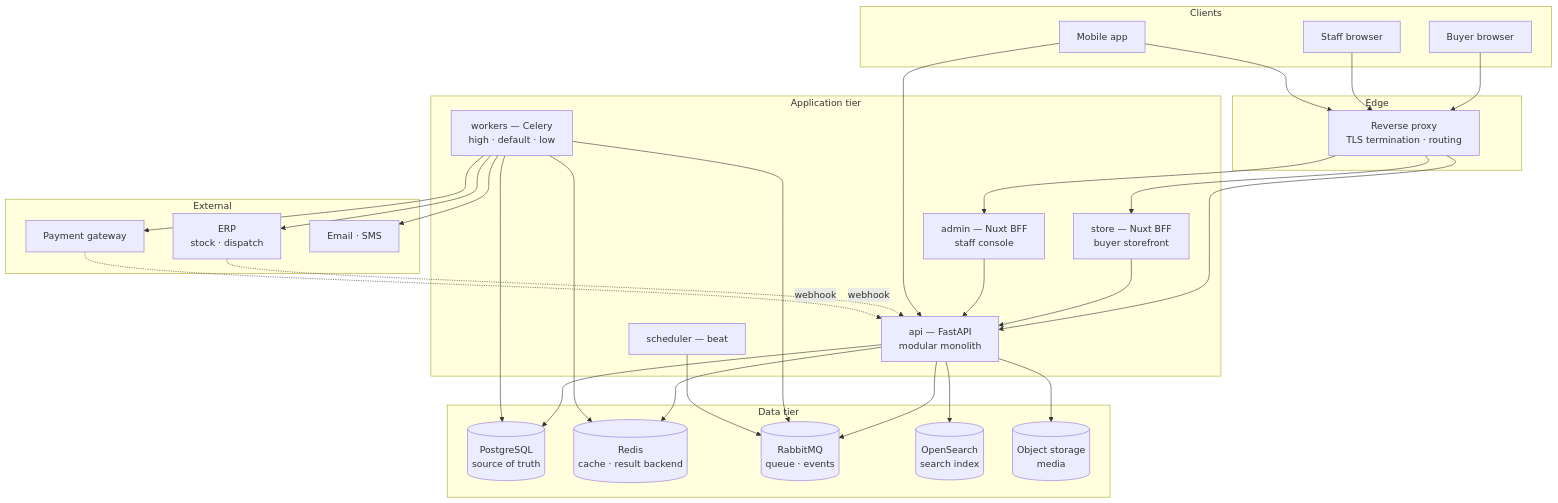
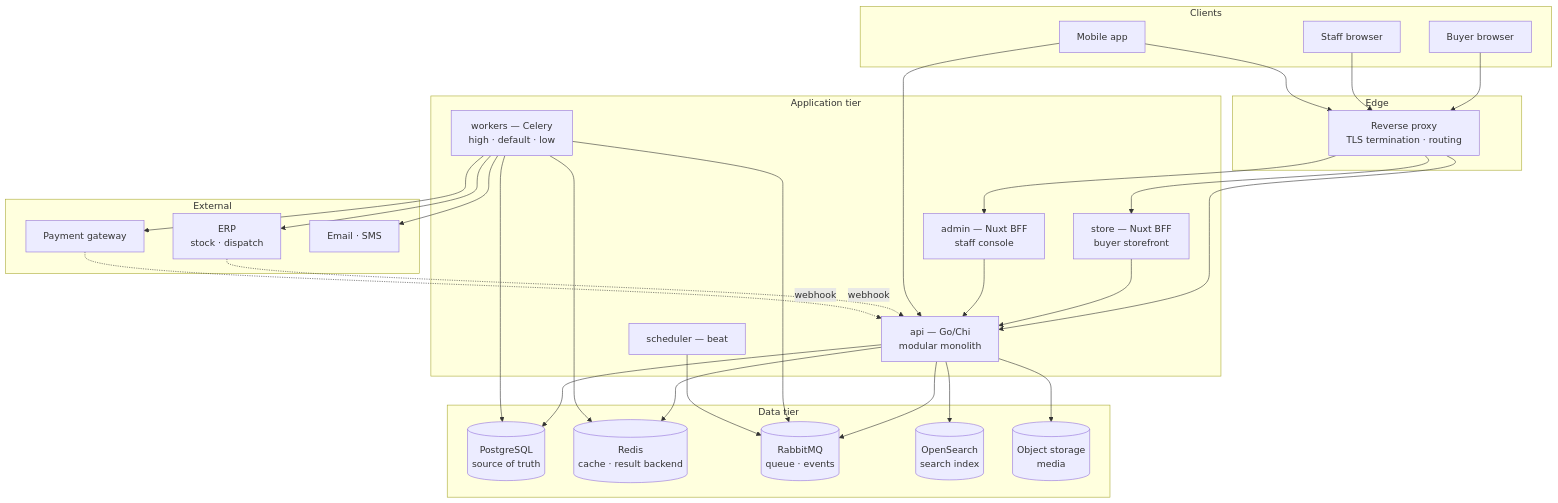
Before and after one commit to codewithduong05/B2B-Platform: the first of 5 diagrams in docs/02-system-architecture.md, drawn with Mermaid. The commit also changed other lines of this file and 7 other files, not shown here.

Commit message:
feat: update documentation to reflect transition from FastAPI to Go/Chi for backend services

````diff
--- a/docs/02-system-architecture.md
+++ b/docs/02-system-architecture.md
@@ -28,59 +28,59 @@
 ```mermaid
 flowchart TD
     subgraph Clients
         B[Buyer browser]
         S[Staff browser]
         M[Mobile app]
     end
 
     subgraph EdgeTier["Edge"]
         RP[Reverse proxy<br/>TLS termination · routing]
     end
 
     subgraph AppTier["Application tier"]
         ST["store — Nuxt BFF<br/>buyer storefront"]
         AD["admin — Nuxt BFF<br/>staff console"]
-        AP["api — FastAPI<br/>modular monolith"]
+        AP["api — Go/Chi<br/>modular monolith"]
         WK["workers — Celery<br/>high · default · low"]
         BT["scheduler — beat"]
     end
 
     subgraph DataTier["Data tier"]
         PG[("PostgreSQL<br/>source of truth")]
         RD[("Redis<br/>cache · result backend")]
         RM[("RabbitMQ<br/>queue · events")]
         OS[("OpenSearch<br/>search index")]
         OB[("Object storage<br/>media")]
     end
 
     subgraph ExtTier["External"]
         ERP["ERP<br/>stock · dispatch"]
         PAY["Payment gateway"]
         MSG["Email · SMS"]
     end
 
     B --> RP
     S --> RP
     M --> RP
     RP --> ST
     RP --> AD
     RP --> AP
     ST --> AP
     AD --> AP
     M --> AP
 
     AP --> PG
     AP --> RD
     AP --> RM
     AP --> OS
     AP --> OB
     WK --> PG
     WK --> RD
     WK --> RM
     BT --> RM
     WK --> ERP
     WK --> PAY
     WK --> MSG
     ERP -.->|"webhook"| AP
     PAY -.->|"webhook"| AP
 ```
````
